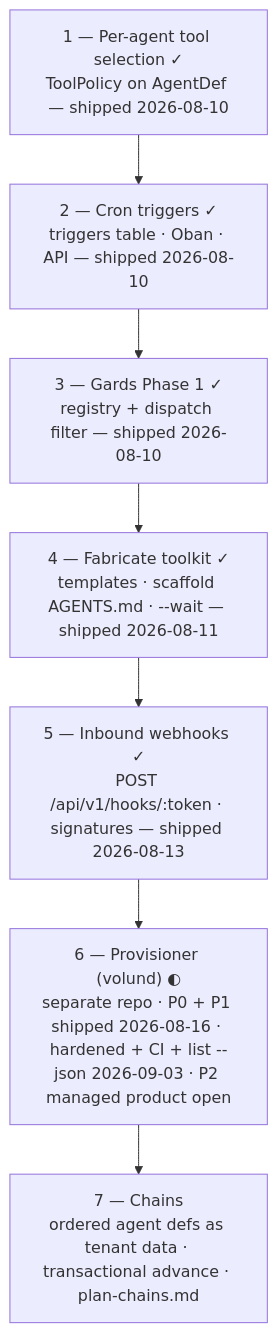
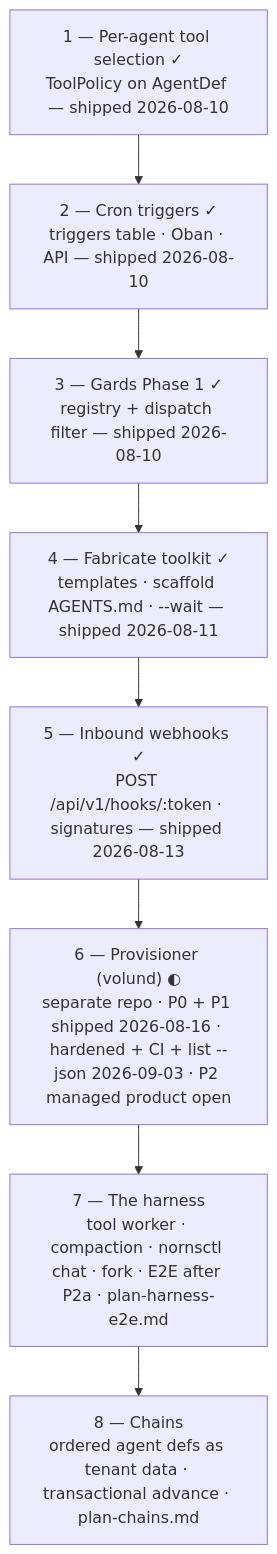
Before and after one commit to nornscode/norns: the diagram in docs/roadmap.md, drawn with Mermaid. The commit also changed other lines of this file and 3 other files, not shown here.

First line of the commit message:
Roadmap v6.3: sequence the harness as step 7

````diff
--- a/docs/roadmap.md
+++ b/docs/roadmap.md
@@ -58,11 +58,12 @@
 ```mermaid
 flowchart TB
     A["1 — Per-agent tool selection ✓<br/>ToolPolicy on AgentDef — shipped 2026-08-10"]
     B["2 — Cron triggers ✓<br/>triggers table · Oban · API — shipped 2026-08-10"]
     C["3 — Gards Phase 1 ✓<br/>registry + dispatch filter — shipped 2026-08-10"]
     D["4 — Fabricate toolkit ✓<br/>templates · scaffold AGENTS.md · --wait — shipped 2026-08-11"]
     E["5 — Inbound webhooks ✓<br/>POST /api/v1/hooks/:token · signatures — shipped 2026-08-13"]
     F["6 — Provisioner (volund) ◐<br/>separate repo · P0 + P1 shipped 2026-08-16 · hardened + CI + list --json 2026-09-03 · P2 managed product open"]
-    G["7 — Chains<br/>ordered agent defs as tenant data · transactional advance · plan-chains.md"]
-    A --> B --> C --> D --> E --> F --> G
+    H["7 — The harness<br/>tool worker · compaction · nornsctl chat · fork · E2E after P2a · plan-harness-e2e.md"]
+    G["8 — Chains<br/>ordered agent defs as tenant data · transactional advance · plan-chains.md"]
+    A --> B --> C --> D --> E --> F --> H --> G
 ```
````
